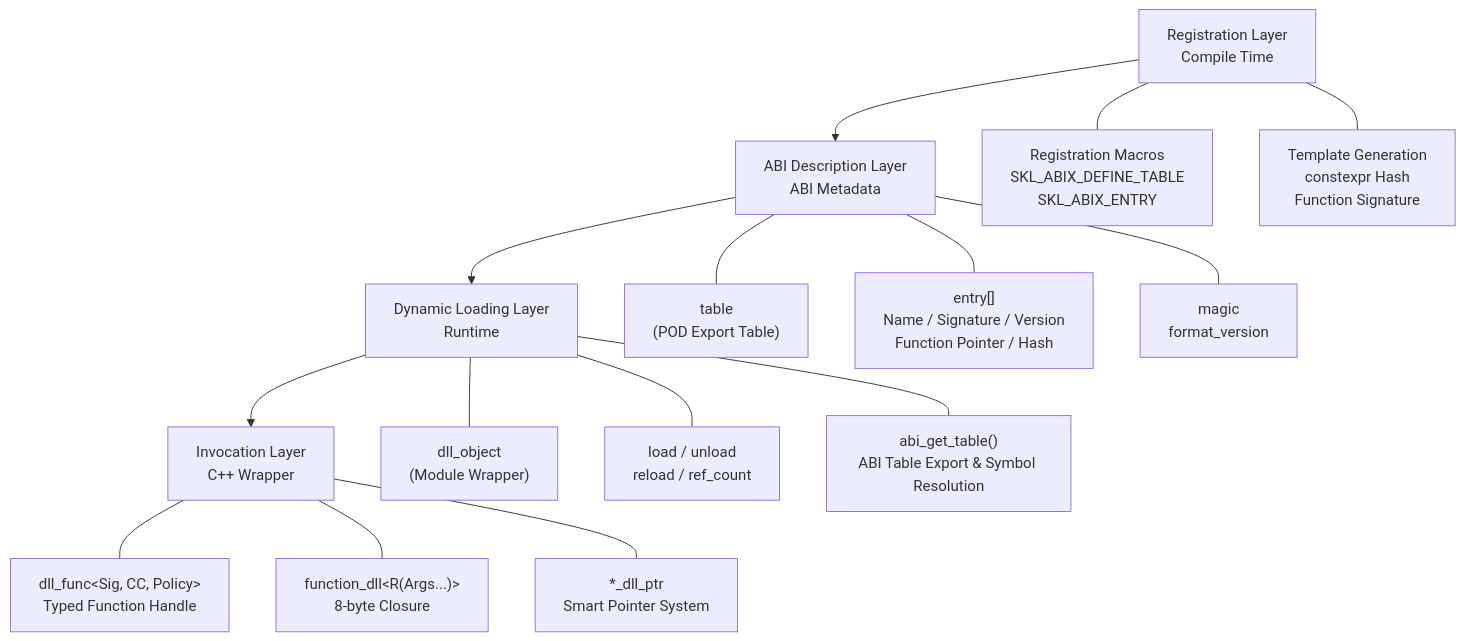
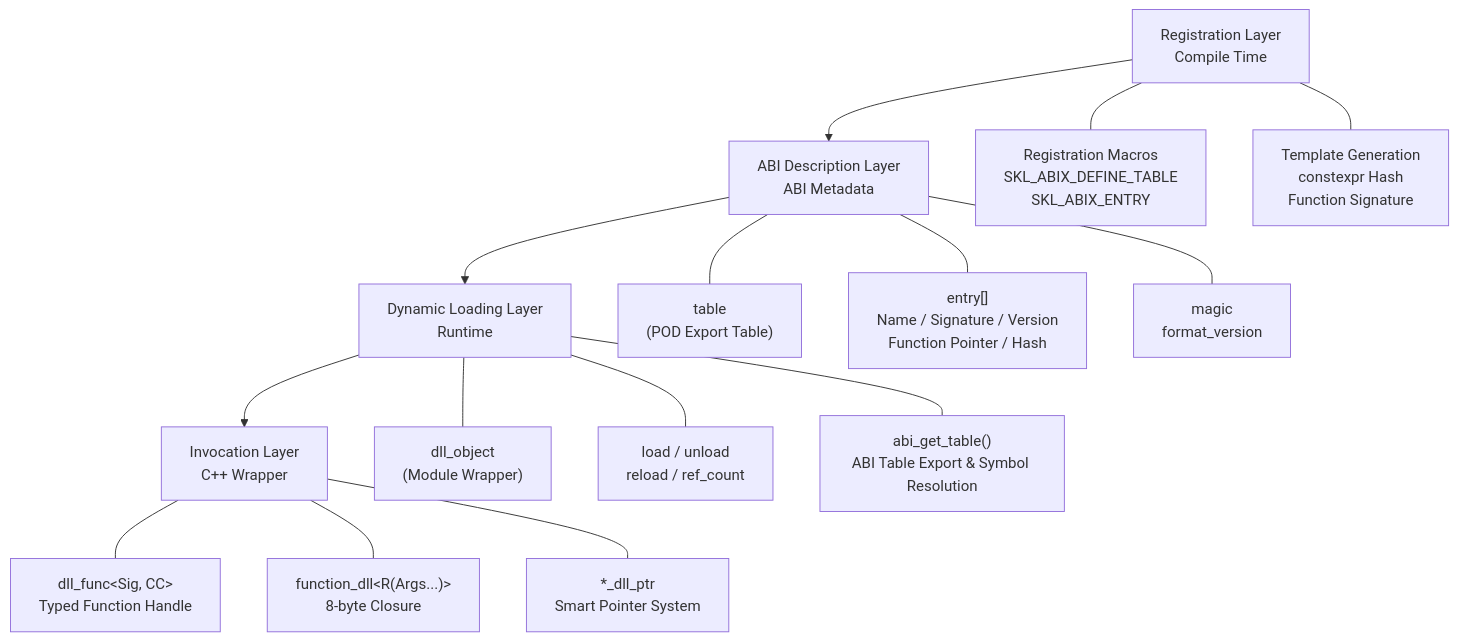
One commit to Sukanle/ABIX changed the diagram in doc/api.md. Above: the diagram before and after it, drawn with Mermaid. The commit also changed other lines of this file and 57 other files, not shown here.

````diff
--- a/doc/api.md
+++ b/doc/api.md
@@ -9,36 +9,36 @@
 ```mermaid
 flowchart TB
 
     A["Registration Layer<br/>Compile Time"]
 
     B["ABI Description Layer<br/>ABI Metadata"]
 
     C["Dynamic Loading Layer<br/>Runtime"]
 
     D["Invocation Layer<br/>C++ Wrapper"]
 
     A --> B --> C --> D
 
 
     A --- A1["Registration Macros<br/>SKL_ABIX_DEFINE_TABLE<br/>SKL_ABIX_ENTRY"]
 
     A --- A2["Template Generation<br/>constexpr Hash<br/>Function Signature"]
 
     B --- B1["table<br/>(POD Export Table)"]
 
     B --- B2["entry[]<br/>Name / Signature / Version<br/>Function Pointer / Hash"]
 
     B --- B3["magic<br/>format_version"]
 
     C --- C1["dll_object<br/>(Module Wrapper)"]
 
     C --- C2["load / unload<br/>reload / ref_count"]
 
     C --- C3["abi_get_table()<br/>ABI Table Export & Symbol Resolution"]
 
-    D --- D1["dll_func&lt;Sig, CC, Policy&gt;<br/>Typed Function Handle"]
+    D --- D1["dll_func&lt;Sig, CC&gt;<br/>Typed Function Handle"]
 
     D --- D2["function_dll&lt;R(Args...)&gt;<br/>8-byte Closure"]
 
     D --- D3["*_dll_ptr<br/>Smart Pointer System"]
 ```
````
